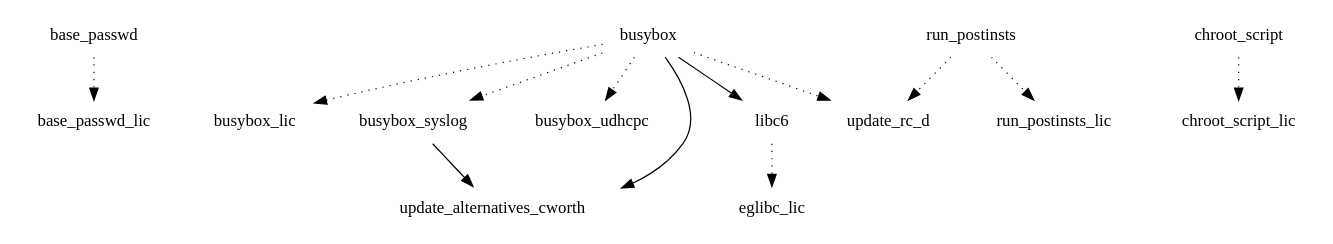
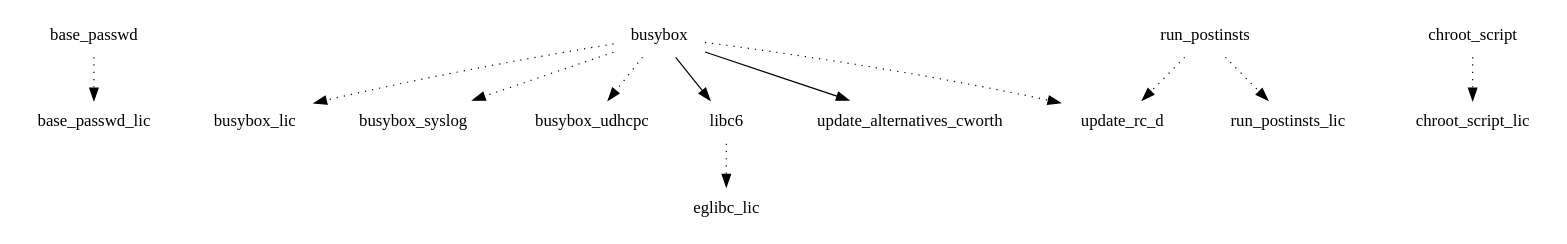
The diagram in images/a500/eglibc/chroot-image/depends.dot (webOS-ports/buildhistory), drawn with Graphviz before and after one commit. The commit also changed 10 other files, not shown here.

```diff
--- a/images/a500/eglibc/chroot-image/depends.dot
+++ b/images/a500/eglibc/chroot-image/depends.dot
@@ -1,15 +1,14 @@
 digraph depends {
     node [shape=plaintext]
 base_passwd -> base_passwd_lic [style=dotted];
 busybox -> busybox_lic [style=dotted];
 busybox -> busybox_syslog [style=dotted];
 busybox -> busybox_udhcpc [style=dotted];
 busybox -> libc6;
 busybox -> update_alternatives_cworth;
 busybox -> update_rc_d [style=dotted];
-busybox_syslog -> update_alternatives_cworth;
 chroot_script -> chroot_script_lic [style=dotted];
 libc6 -> eglibc_lic [style=dotted];
 run_postinsts -> run_postinsts_lic [style=dotted];
 run_postinsts -> update_rc_d [style=dotted];
 }
```
